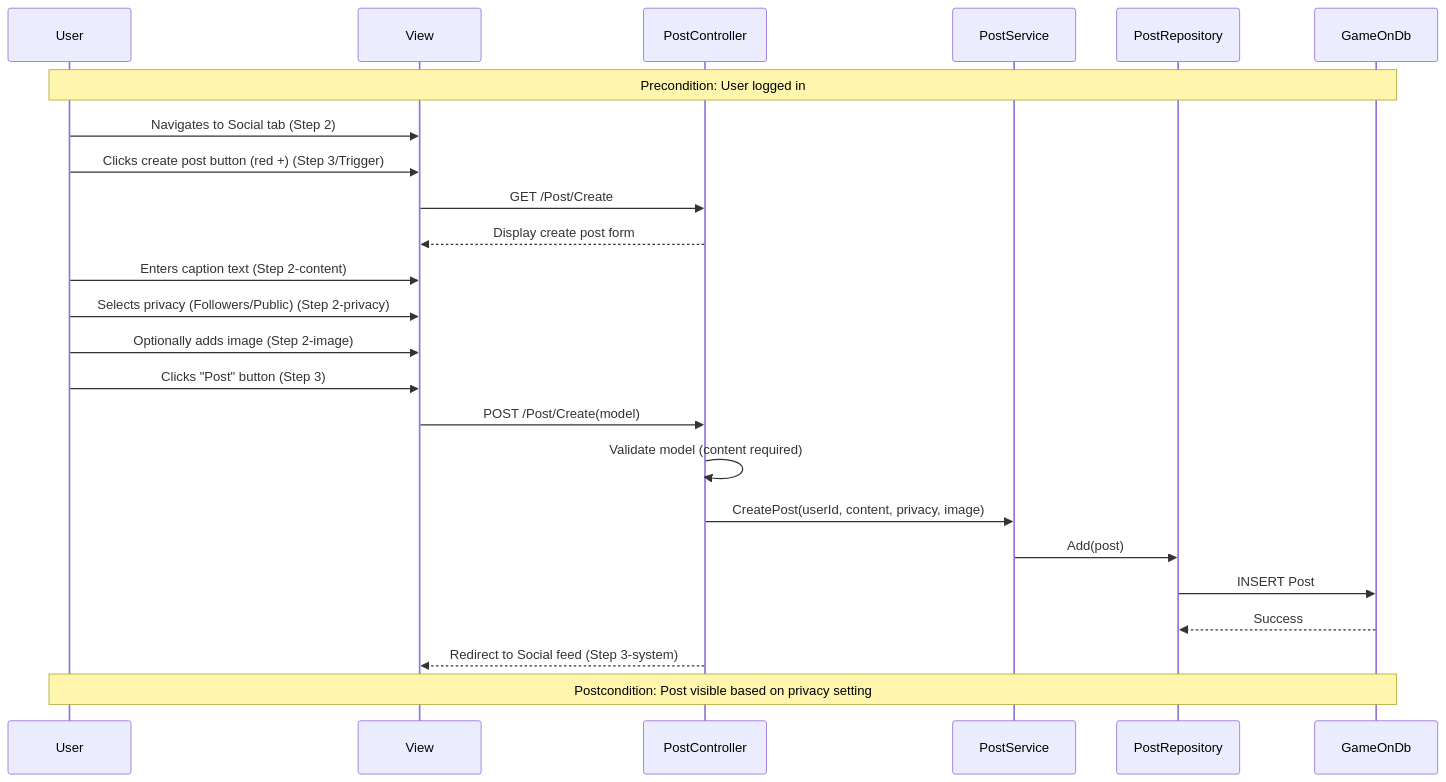
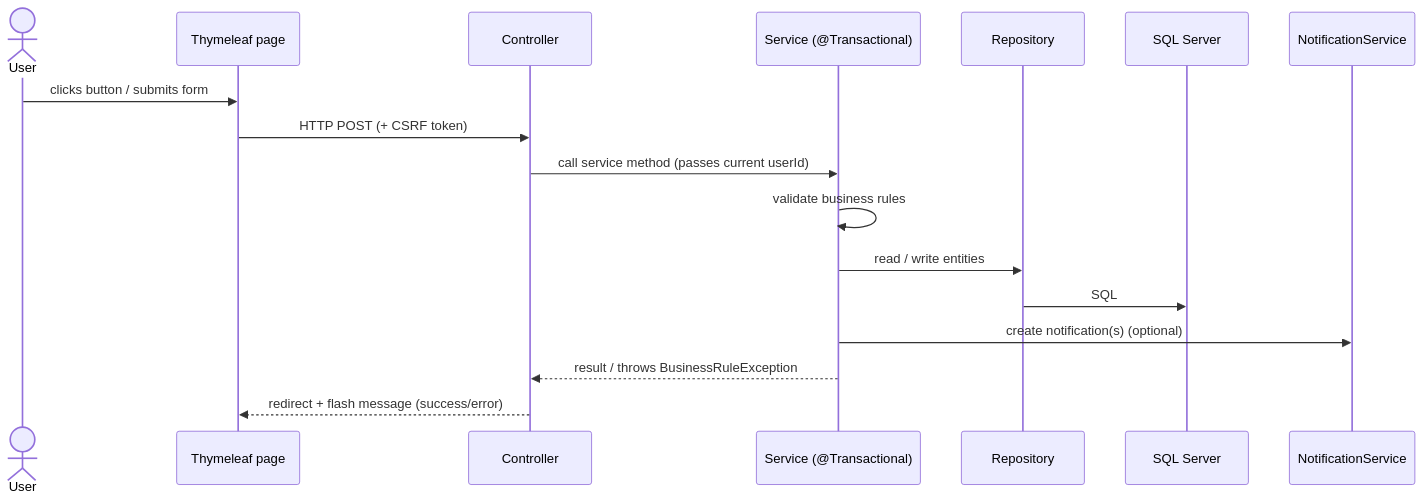
Before and after one commit to CodeSphereNMU/GameOn-CodeSphere: the third of 4 diagrams in ARCHITECTURE.md, drawn with Mermaid. The commit also changed other lines of this file, not shown here.

Commit message:
Panel review ARCHITECTURE.md

````diff
--- a/ARCHITECTURE.md
+++ b/ARCHITECTURE.md
@@ -1433,31 +288,19 @@
 ```mermaid
 sequenceDiagram
-    participant U as User
-    participant V as View
-    participant PC as PostController
-    participant PS as PostService
-    participant PR as PostRepository
-    participant DB as GameOnDb
-
-    Note over U,DB: Precondition: User logged in
-
-    U->>V: Navigates to Social tab (Step 2)
-    U->>V: Clicks create post button (red +) (Step 3/Trigger)
-    V->>PC: GET /Post/Create
-    PC-->>V: Display create post form
-
-    U->>V: Enters caption text (Step 2-content)
-    U->>V: Selects privacy (Followers/Public) (Step 2-privacy)
-    U->>V: Optionally adds image (Step 2-image)
-    U->>V: Clicks "Post" button (Step 3)
-    V->>PC: POST /Post/Create(model)
-
-    PC->>PC: Validate model (content required)
-    PC->>PS: CreatePost(userId, content, privacy, image)
-    PS->>PR: Add(post)
-    PR->>DB: INSERT Post
-    DB-->>PR: Success
-    PC-->>V: Redirect to Social feed (Step 3-system)
-
-    Note over U,DB: Postcondition: Post visible based on privacy setting
+    actor U as User
+    participant T as Thymeleaf page
+    participant C as Controller
+    participant S as Service (@Transactional)
+    participant R as Repository
+    participant DB as SQL Server
+    participant N as NotificationService
+    U->>T: clicks button / submits form
+    T->>C: HTTP POST (+ CSRF token)
+    C->>S: call service method (passes current userId)
+    S->>S: validate business rules
+    S->>R: read / write entities
+    R->>DB: SQL
+    S->>N: create notification(s) (optional)
+    S-->>C: result / throws BusinessRuleException
+    C-->>T: redirect + flash message (success/error)
 ```
````
